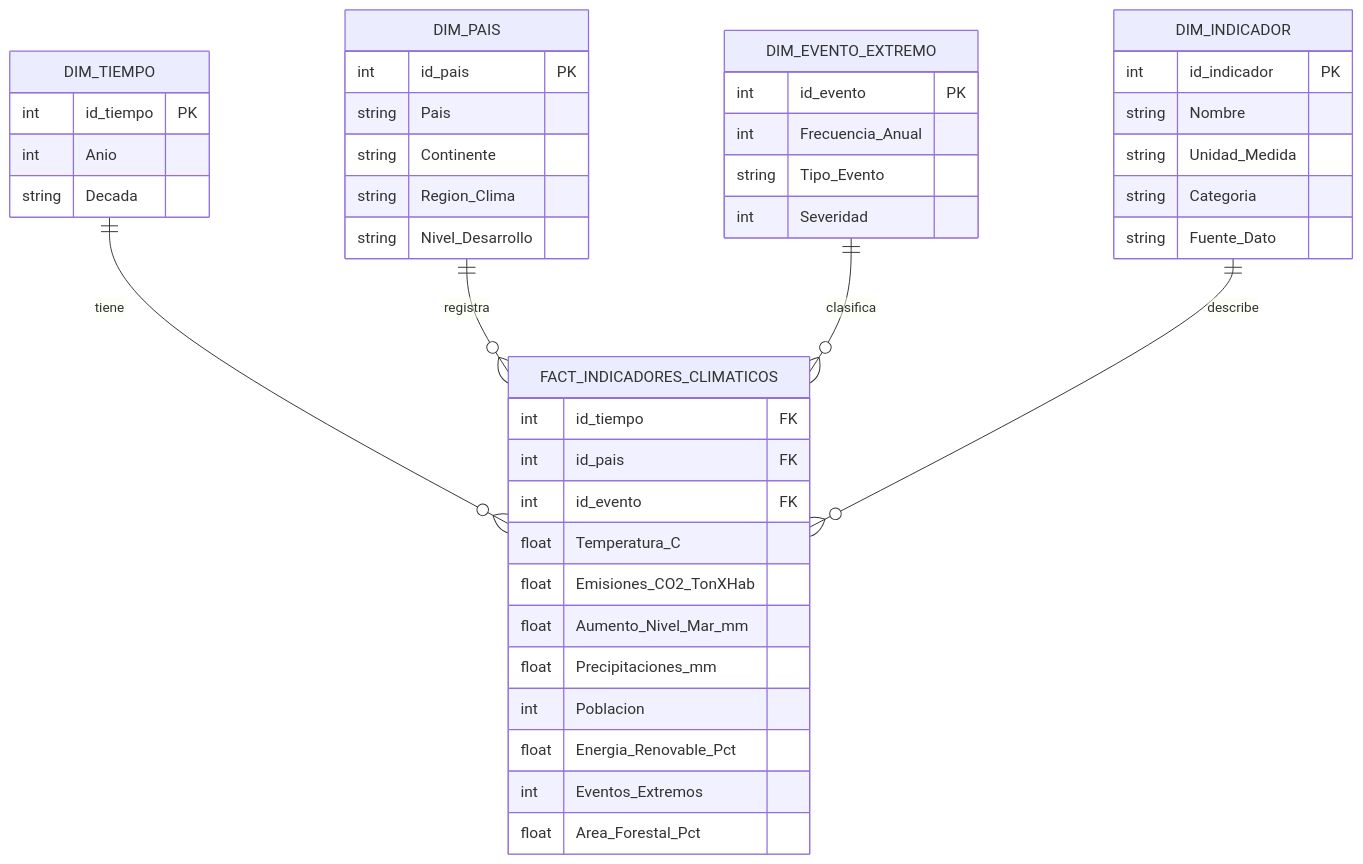
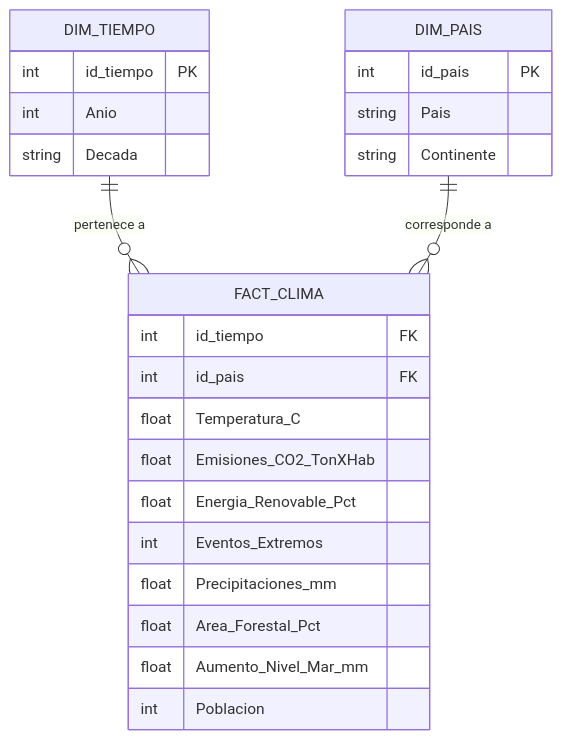
One commit to valexq/Final_Project_DataAnalysis changed the diagram in README.md. Above: the diagram before and after it, drawn with Mermaid. The commit also changed other lines of this file, not shown here.

````diff
--- a/README.md
+++ b/README.md
@@ -144,50 +98,30 @@
 ```mermaid
 erDiagram
-    FACT_INDICADORES_CLIMATICOS {
+    FACT_CLIMA {
         int id_tiempo FK
         int id_pais FK
-        int id_evento FK
         float Temperatura_C
         float Emisiones_CO2_TonXHab
-        float Aumento_Nivel_Mar_mm
-        float Precipitaciones_mm
-        int Poblacion
         float Energia_Renovable_Pct
         int Eventos_Extremos
+        float Precipitaciones_mm
         float Area_Forestal_Pct
+        float Aumento_Nivel_Mar_mm
+        int Poblacion
     }
 
     DIM_TIEMPO {
         int id_tiempo PK
         int Anio
         string Decada
     }
 
     DIM_PAIS {
         int id_pais PK
         string Pais
         string Continente
-        string Region_Clima
-        string Nivel_Desarrollo
     }
 
-    DIM_EVENTO_EXTREMO {
-        int id_evento PK
-        int Frecuencia_Anual
-        string Tipo_Evento
-        int Severidad
-    }
-
-    DIM_INDICADOR {
-        int id_indicador PK
-        string Nombre
-        string Unidad_Medida
-        string Categoria
-        string Fuente_Dato
-    }
-
-    DIM_TIEMPO ||--o{ FACT_INDICADORES_CLIMATICOS : "tiene"
-    DIM_PAIS ||--o{ FACT_INDICADORES_CLIMATICOS : "registra"
-    DIM_EVENTO_EXTREMO ||--o{ FACT_INDICADORES_CLIMATICOS : "clasifica"
-    DIM_INDICADOR ||--o{ FACT_INDICADORES_CLIMATICOS : "describe"
+    DIM_TIEMPO ||--o{ FACT_CLIMA : "pertenece a"
+    DIM_PAIS ||--o{ FACT_CLIMA : "corresponde a"
 ```
````
